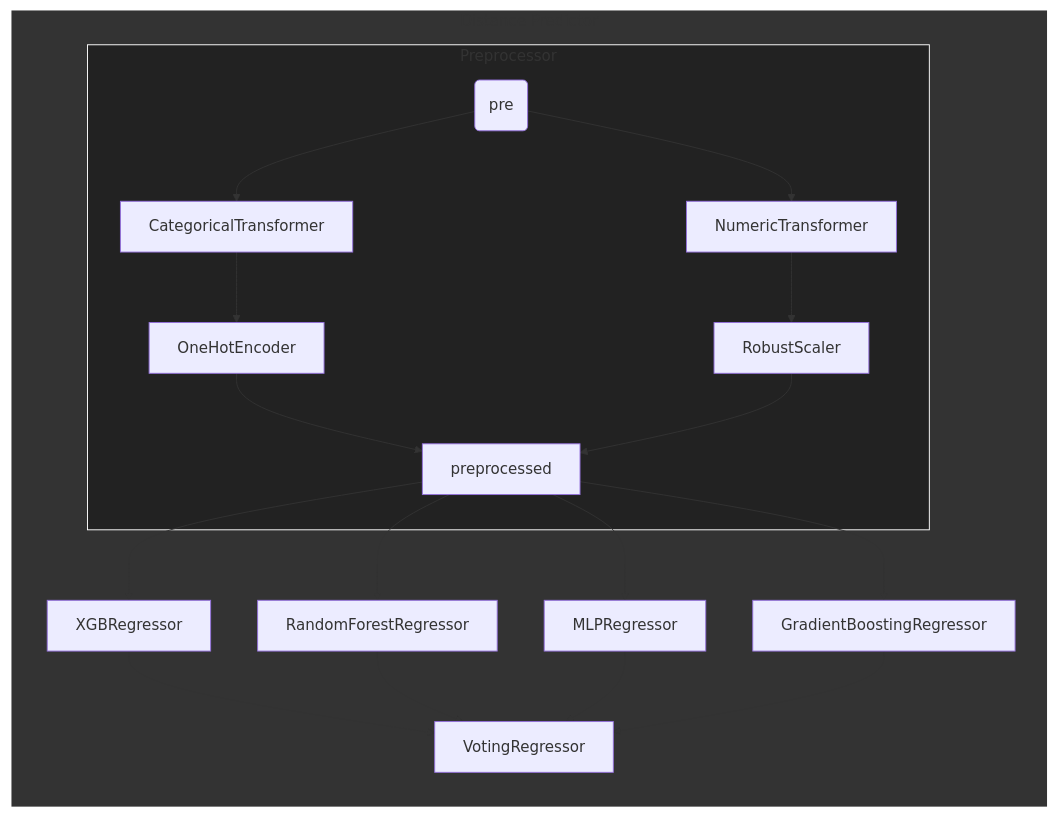
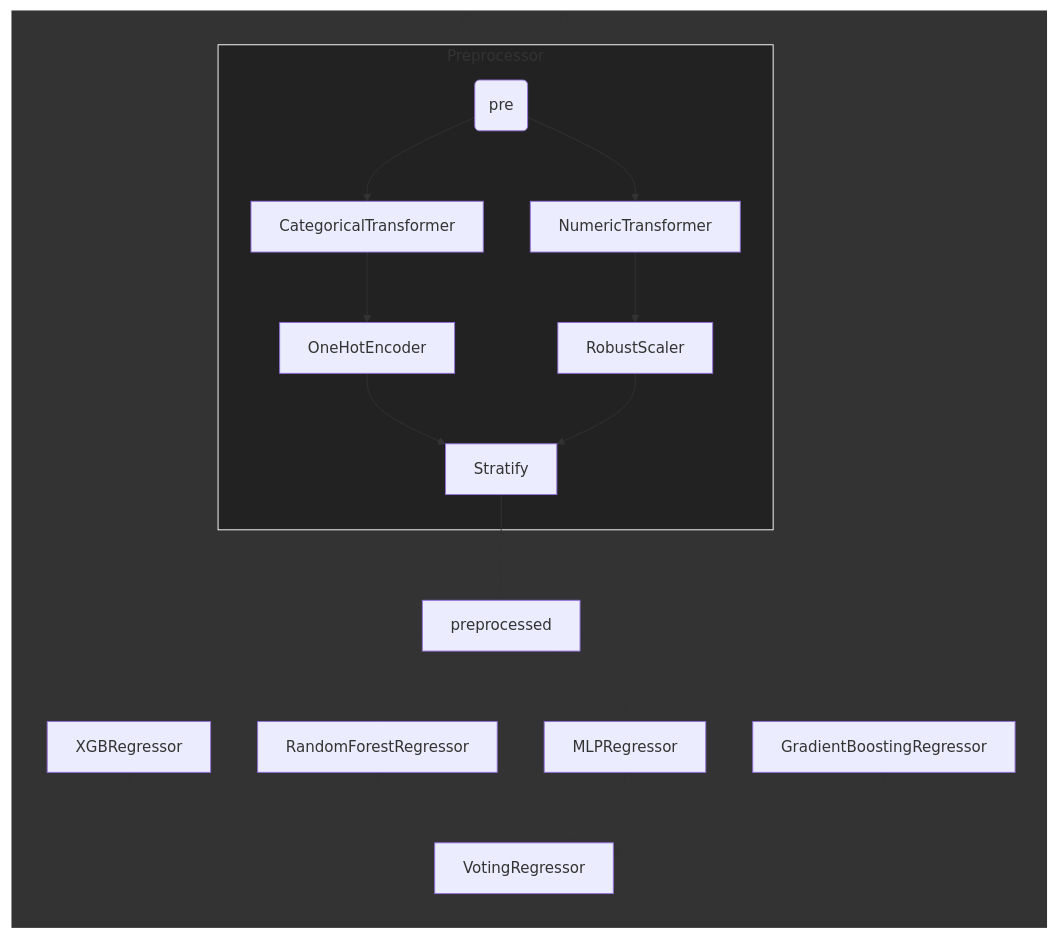
One commit to NickBok/Baseball changed the first of 2 diagrams in Distance-Predictor/README.md. Above: the diagram before and after it, drawn with Mermaid.

````diff
--- a/Distance-Predictor/README.md
+++ b/Distance-Predictor/README.md
@@ -71,23 +71,24 @@
 ```mermaid
 graph LR
     subgraph 1[Distance Predictor]
         subgraph 2[Preprocessor]
             Preprocessor(pre) --> CategoricalTransformer;
             Preprocessor(pre) --> NumericTransformer;
             CategoricalTransformer --> OneHotEncoder;
-            OneHotEncoder --> preprocessed;
+            OneHotEncoder --> Stratify;
             NumericTransformer --> RobustScaler;
-            RobustScaler --> preprocessed;
+            RobustScaler --> Stratify;
         end
+        Stratify --> preprocessed;
         preprocessed-->XGBRegressor;
         preprocessed-->RandomForestRegressor;
         preprocessed-->MLPRegressor;
         preprocessed-->GradientBoostingRegressor;
         XGBRegressor-->VotingRegressor;
         RandomForestRegressor-->VotingRegressor;
         MLPRegressor-->VotingRegressor;
         GradientBoostingRegressor-->VotingRegressor;
     end
 style 1 fill:#333333,stroke:#FFFFFF,stroke-width:2px
 style 2 fill:#222222,stroke:#FFFFFF,stroke-width:1px
 ```
````
